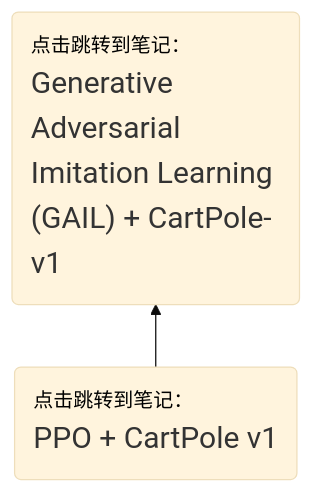
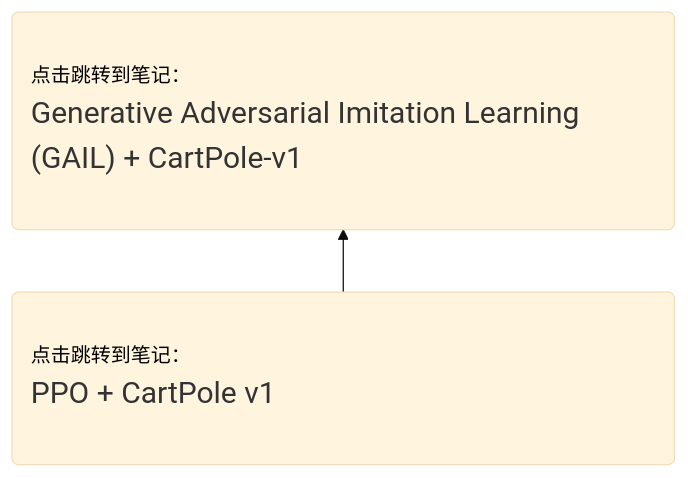
Before and after one commit to Gaoshu-root/Code-related-courses: the diagram in 笔记封存/test.md, drawn with Mermaid (base theme).

Commit message:
Add wide class definition for P1 and P2

````diff
--- a/笔记封存/test.md
+++ b/笔记封存/test.md
@@ -2,9 +2,9 @@
 ```mermaid
 graph BT
     classDef wide padding:500px;
-   class P1,P2 wide
     P1("<div style='text-align:left'><font color="black">点击跳转到笔记：</font><br><font size="5">PPO + CartPole v1</div>") --> P2("<div style='text-align:left'><font color="black">点击跳转到笔记：</font><br><font size="5">Generative Adversarial Imitation Learning (GAIL) + CartPole-v1</div>")
     click P1 "https://github.com/Gaoshu-root/Code-related-courses/blob/main/RL2024/PPO_%2B_CartPole_v1_.ipynb" _blank
     click P2 "https://github.com/Gaoshu-root/Code-related-courses/blob/main/RL2024/Generative%20Adversarial%20Imitation%20Learning(GAIL)/Generative%20Adversarial%20Imitation%20Learning%20(GAIL)%20%2B%20CartPole-v1%20.ipynb" _blank
+    class P1,P2 wide
 
 ```
````
